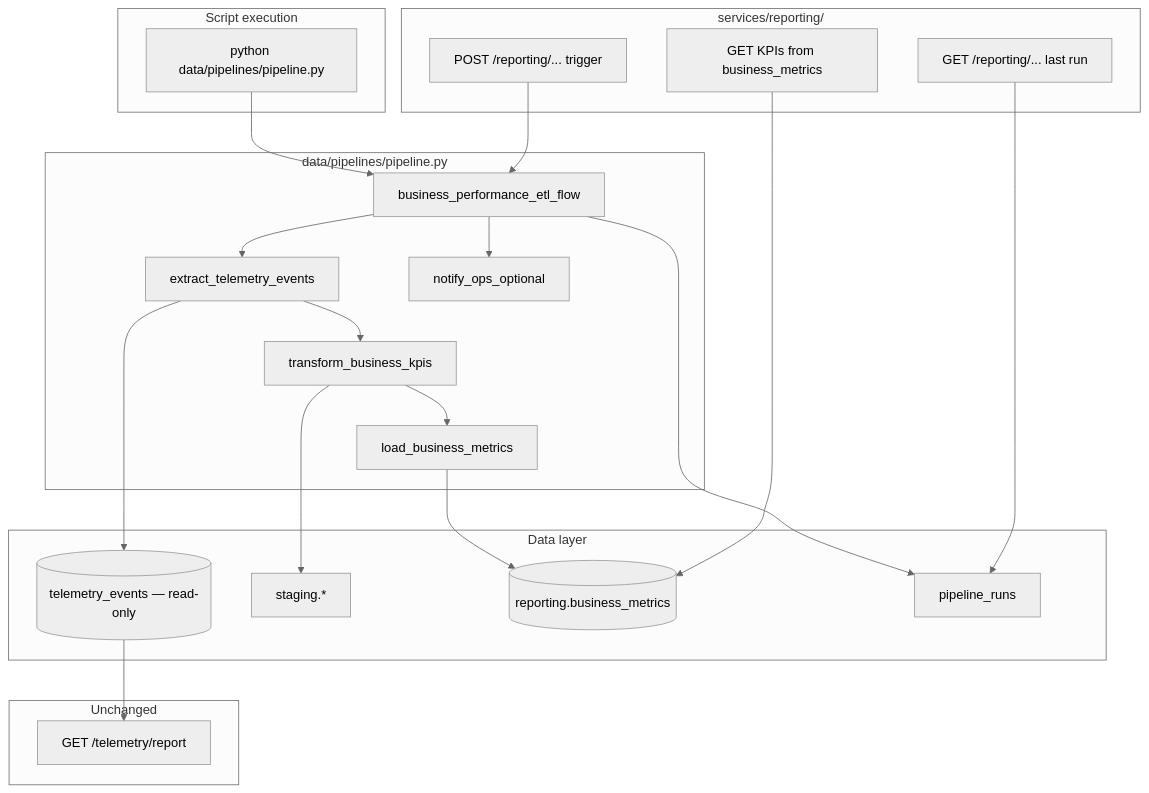
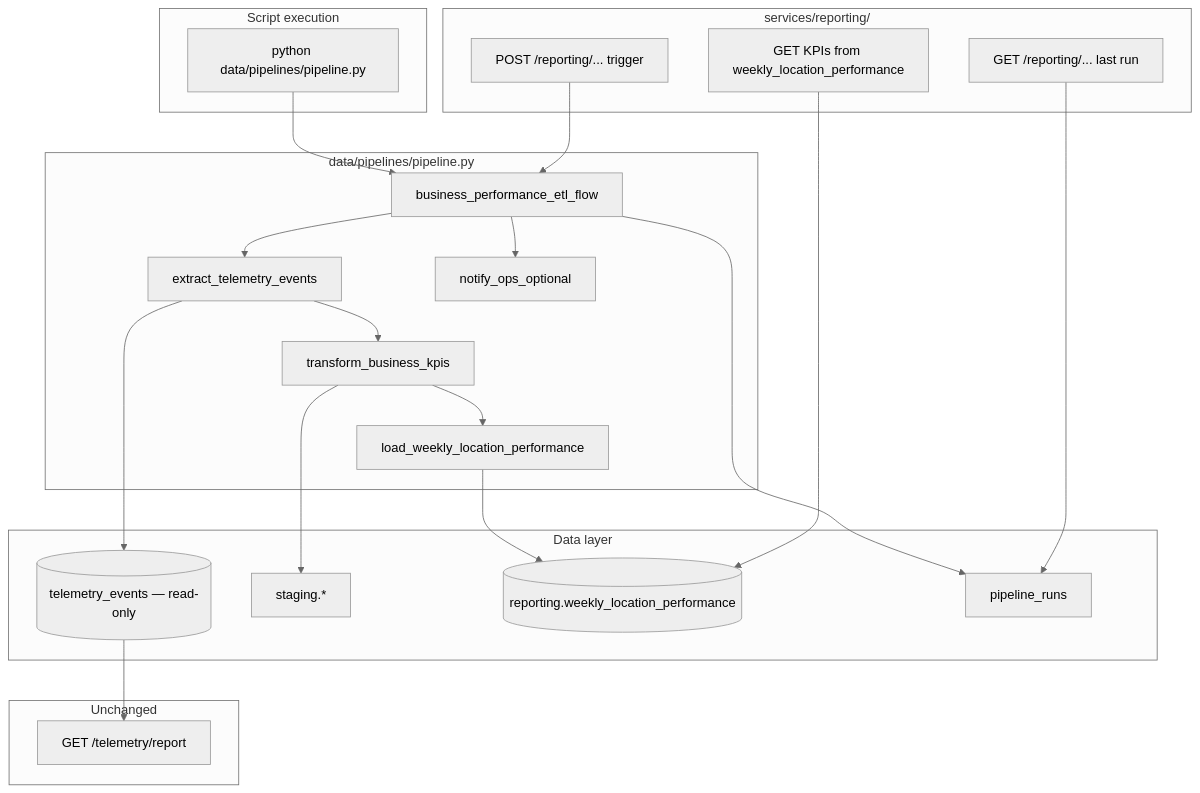
One commit to 4GeeksAcademy/ai-engineering-syllabus changed the diagram in content/projects/ai-eng-milestone-data-pipeline-build/.learn/solution/README.md. Above: the diagram before and after it, drawn with Mermaid (neutral theme). The commit also changed other lines of this file and 24 other files, not shown here.

````diff
--- a/content/projects/ai-eng-milestone-data-pipeline-build/.learn/solution/README.md
+++ b/content/projects/ai-eng-milestone-data-pipeline-build/.learn/solution/README.md
@@ -19,38 +21,38 @@
 ```mermaid
 flowchart TD
   subgraph api [services/reporting/]
     GET[GET /reporting/... last run]
     POST[POST /reporting/... trigger]
-    KPI[GET KPIs from business_metrics]
+    KPI[GET KPIs from weekly_location_performance]
   end
   subgraph prefect [data/pipelines/pipeline.py]
     FLOW[business_performance_etl_flow]
     EXT[extract_telemetry_events]
     TRF[transform_business_kpis]
-    LOD[load_business_metrics]
+    LOD[load_weekly_location_performance]
     OPT[notify_ops_optional]
   end
   subgraph data [Data layer]
     SRC[(telemetry_events — read-only)]
     STG[staging.*]
-    RPT[(reporting.business_metrics)]
+    RPT[(reporting.weekly_location_performance)]
     LOG[pipeline_runs]
   end
   subgraph untouched [Unchanged]
     TECH[GET /telemetry/report]
   end
   subgraph cli [Script execution]
     RUN[python data/pipelines/pipeline.py]
   end
   POST --> FLOW
   GET --> LOG
   KPI --> RPT
   FLOW --> EXT --> TRF --> LOD
   FLOW --> OPT
   EXT --> SRC
   TRF --> STG
   LOD --> RPT
   FLOW --> LOG
   RUN --> FLOW
   SRC --> TECH
 ```
````
